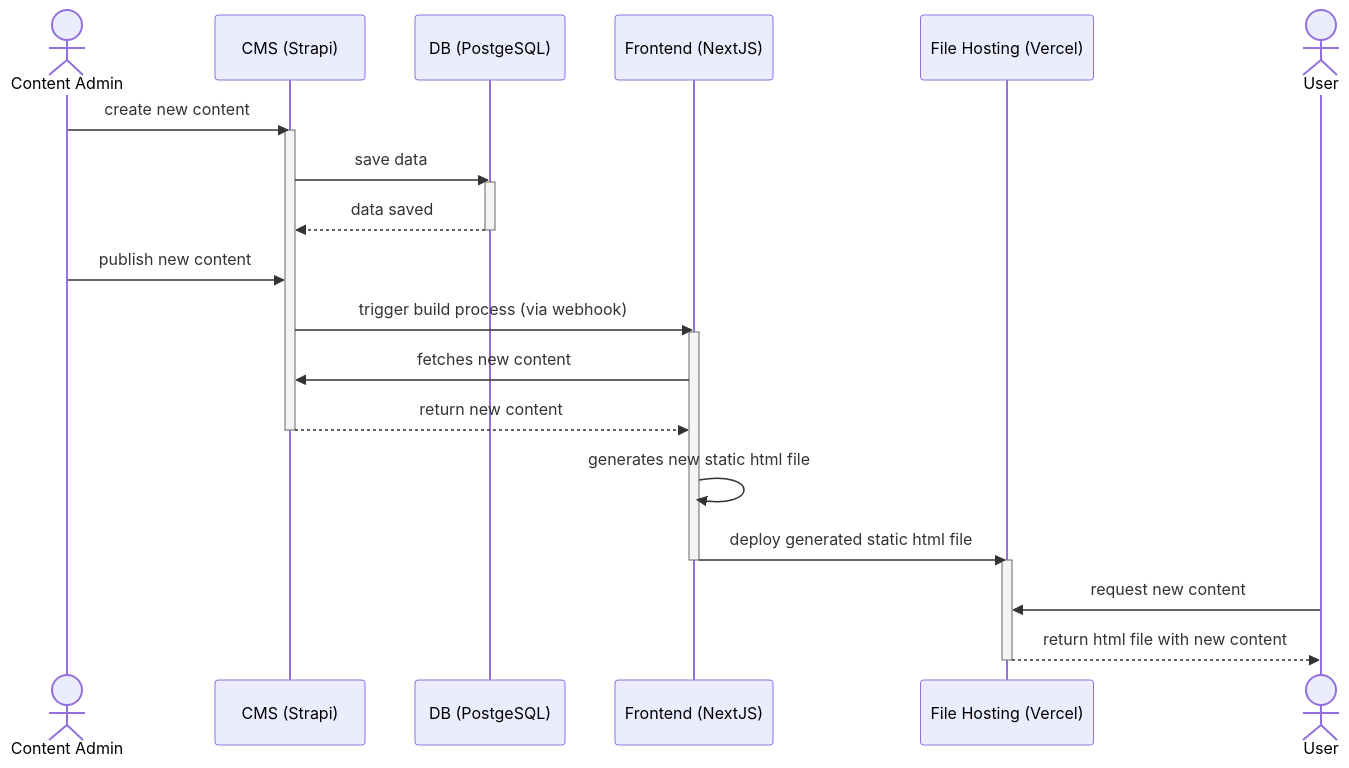
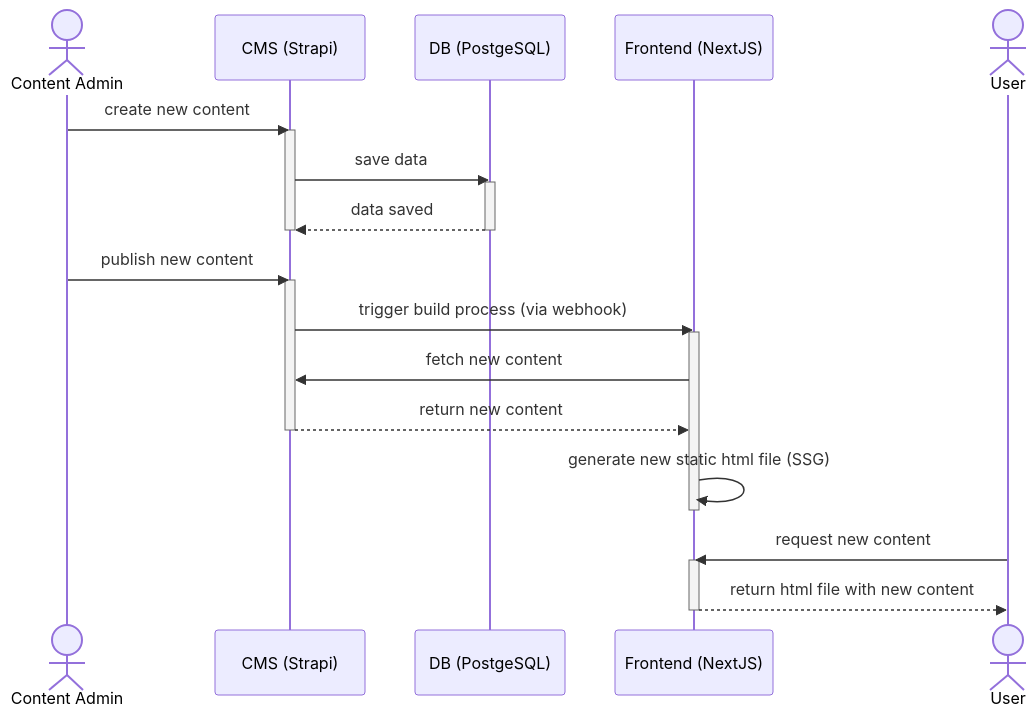
The diagram in content-flow.md (TSC-Rot-Gold-Casino-Nurnberg-e-V/diagrams), drawn with Mermaid before and after one commit.

Commit message:
remove participant File Hosting (Vercel)

````diff
--- a/content-flow.md
+++ b/content-flow.md
@@ -5,28 +5,28 @@
 ```mermaid
 sequenceDiagram
     actor Content Admin
     participant CMS (Strapi)
     participant DB (PostgeSQL)
     participant Frontend (NextJS)
-    participant File Hosting (Vercel)
     actor User
     Content Admin->>CMS (Strapi): create new content
     activate CMS (Strapi)
     CMS (Strapi)->>DB (PostgeSQL): save data
     activate DB (PostgeSQL)
     DB (PostgeSQL)-->>CMS (Strapi): data saved
     deactivate DB (PostgeSQL)
+    deactivate CMS (Strapi)
     Content Admin->>CMS (Strapi): publish new content
+    activate CMS (Strapi)
     CMS (Strapi)->>Frontend (NextJS): trigger build process (via webhook)
     activate Frontend (NextJS)
-    Frontend (NextJS)->>CMS (Strapi): fetches new content
+    Frontend (NextJS)->>CMS (Strapi): fetch new content
     CMS (Strapi)-->>Frontend (NextJS): return new content
     deactivate CMS (Strapi)
-    Frontend (NextJS)->>Frontend (NextJS): generates new static html file
-    Frontend (NextJS)->>File Hosting (Vercel): deploy generated static html file
+    Frontend (NextJS)->>Frontend (NextJS): generate new static html file (SSG)
     deactivate Frontend (NextJS)
-    activate File Hosting (Vercel)
-    User->>File Hosting (Vercel): request new content
-    File Hosting (Vercel)-->>User: return html file with new content
-    deactivate File Hosting (Vercel)
+    User->>Frontend (NextJS): request new content
+    activate Frontend (NextJS)
+    Frontend (NextJS)-->>User: return html file with new content
+    deactivate Frontend (NextJS)
 ```
````
